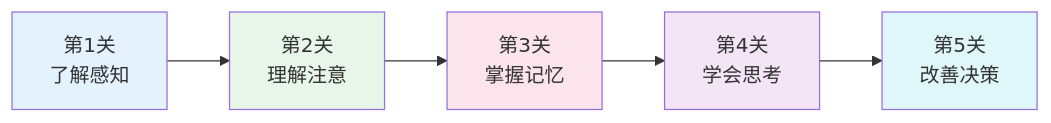
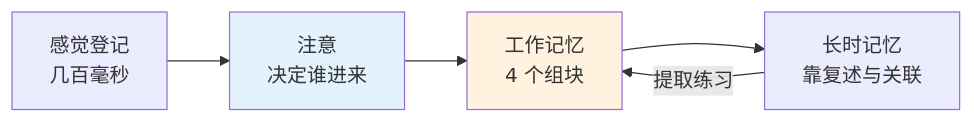
The diagram in content/thinking/cognitive-psychology/index.md (wxyClark/wxyClark.github.io), drawn with Mermaid before and after one commit. The commit also changed other lines of this file and 392 other files, not shown here.

First line of the commit message:
feat(content): 按二八律扩充知识体系，修复 mermaid 渲染并接入语法校验

````diff
--- a/content/thinking/cognitive-psychology/index.md
+++ b/content/thinking/cognitive-psychology/index.md
@@ -60,13 +26,9 @@
 ```mermaid
 graph LR
-    A["第1关<br/>了解感知"] --> B["第2关<br/>理解注意"]
-    B --> C["第3关<br/>掌握记忆"]
-    C --> D["第4关<br/>学会思考"]
-    D --> E["第5关<br/>改善决策"]
-    
-    style A fill:#e3f2fd
-    style B fill:#e8f5e9
-    style C fill:#fce4ec
-    style D fill:#f3e5f5
-    style E fill:#e0f7fa
+    A["感觉登记<br/>几百毫秒"] --> B["注意<br/>决定谁进来"]
+    B --> C["工作记忆<br/>4 个组块"]
+    C --> D["长时记忆<br/>靠复述与关联"]
+    D -->|"提取练习"| C
+    style B fill:#e3f2fd
+    style C fill:#fff3e0
 ```
````
